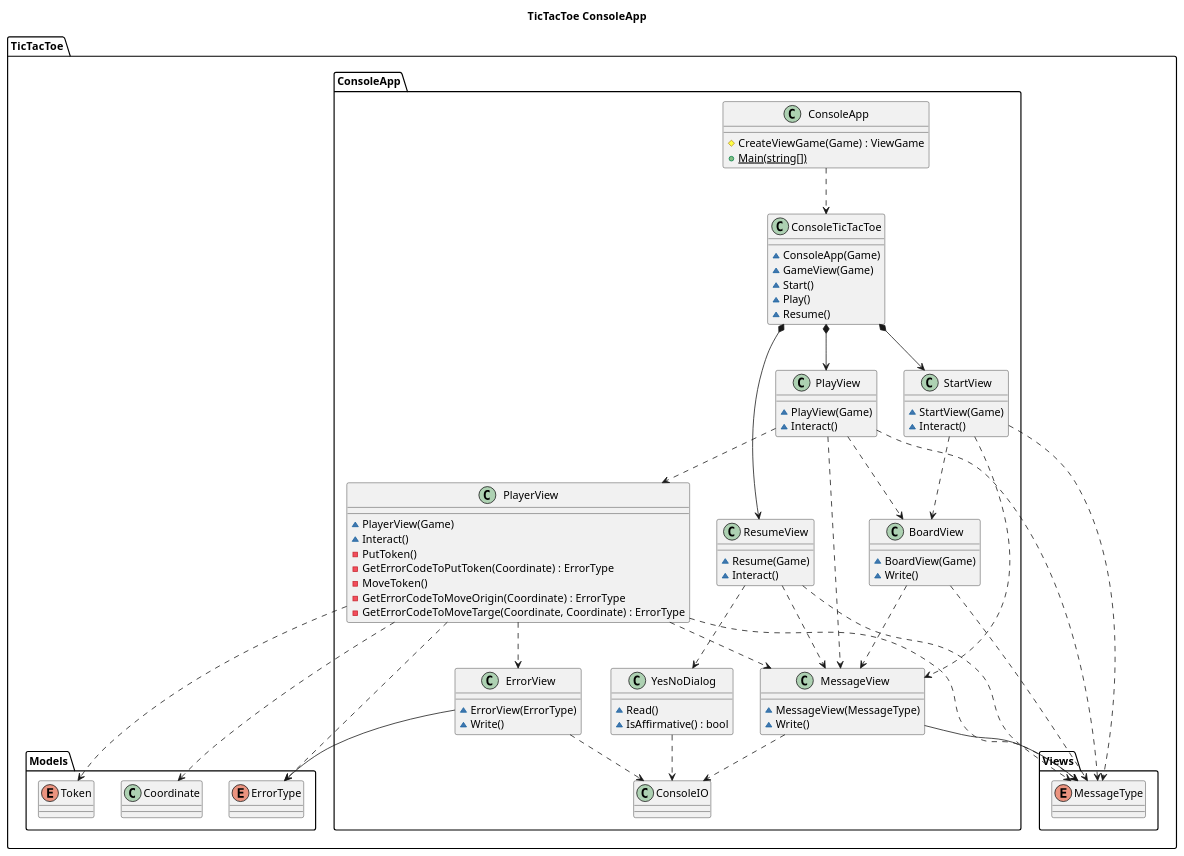
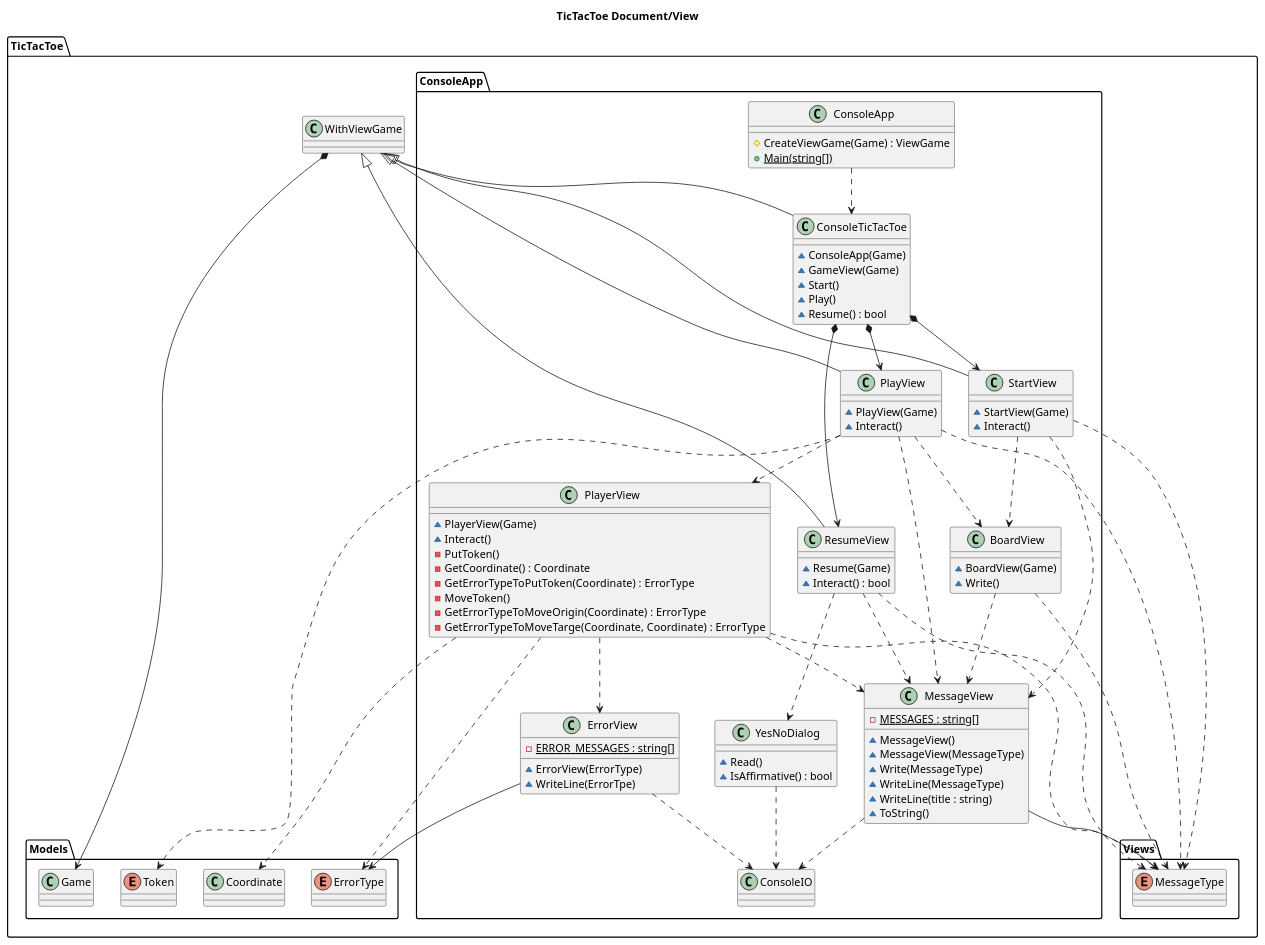
Before and after one commit to franpaulinoinfante/MasterSoftwareDevelopment: the first of 3 diagrams in src/TicTacToe/DocumentView/Basic/TicTacToeAnalisys.plantuml, drawn with PlantUML. The commit also changed other lines of this file and 7 other files, not shown here.

```diff
--- a/src/TicTacToe/DocumentView/Basic/TicTacToeAnalisys.plantuml
+++ b/src/TicTacToe/DocumentView/Basic/TicTacToeAnalisys.plantuml
@@ -1,102 +1,115 @@
 @startuml TicTacToeAnalysisConsoleApp
-title TicTacToe ConsoleApp
+title TicTacToe Document/View
 namespace TicTacToe.ConsoleApp{
+    TicTacToe.WithViewGame *-down-> TicTacToe.Models.Game
+
     class ConsoleApp{
         #CreateViewGame(Game) : ViewGame
         +{static} Main(string[])
     }
     ConsoleApp ..> ConsoleTicTacToe
 
     class ConsoleTicTacToe{
         ~ConsoleApp(Game)      
         ~GameView(Game)
         ~Start()
         ~Play()
-        ~Resume()
+        ~Resume() : bool
     }
     ConsoleTicTacToe *--> StartView
     ConsoleTicTacToe *--> PlayView
     ConsoleTicTacToe *--> ResumeView
+    ConsoleTicTacToe -up-|> TicTacToe.WithViewGame
 
     class StartView{
         ~StartView(Game)
         ~Interact()
     }
     StartView ..> BoardView
     StartView ..> MessageView
     StartView ..> TicTacToe.Views.MessageType
+    StartView -up-|> TicTacToe.WithViewGame
 
     class PlayView{
         ~PlayView(Game)
         ~Interact()
     }
     PlayView ..> PlayerView
     PlayView ..> BoardView
     PlayView ..> MessageView
     PlayView ..> TicTacToe.Views.MessageType
-    PlayerView ..> TicTacToe.Models.Token
+    PlayView ..> TicTacToe.Models.Token
+    PlayView -up-|> TicTacToe.WithViewGame
 
     class PlayerView{
         ~PlayerView(Game)
         ~Interact()
         -PutToken()
-        -GetErrorCodeToPutToken(Coordinate) : ErrorType
+        -GetCoordinate() : Coordinate
+        -GetErrorTypeToPutToken(Coordinate) : ErrorType
         -MoveToken()
-        -GetErrorCodeToMoveOrigin(Coordinate) : ErrorType
-        -GetErrorCodeToMoveTarge(Coordinate, Coordinate) : ErrorType
+        -GetErrorTypeToMoveOrigin(Coordinate) : ErrorType
+        -GetErrorTypeToMoveTarge(Coordinate, Coordinate) : ErrorType
     }
     PlayerView ..> TicTacToe.Models.Coordinate
     PlayerView ..> ErrorView
     PlayerView ..> TicTacToe.Models.ErrorType
     PlayerView ..> MessageView
     PlayerView ..> TicTacToe.Views.MessageType
 
     class ResumeView{
         ~Resume(Game)
-        ~Interact()
+        ~Interact() : bool
     }
     ResumeView ..> MessageView
     ResumeView ..> TicTacToe.Views.MessageType
     ResumeView ..> YesNoDialog
+    ResumeView -up-|> TicTacToe.WithViewGame
 
 
     class BoardView{
         ~BoardView(Game)
         ~Write()
     }
     BoardView ..> MessageView
     BoardView ..> TicTacToe.Views.MessageType
 
 
     class MessageView{
+        -{static} MESSAGES : string[]
+        ~MessageView()
         ~MessageView(MessageType)
-        ~Write()
+        ~Write(MessageType)
+        ~WriteLine(MessageType)
+        ~WriteLine(title : string)
+        ~ToString()
     }
     MessageView --> TicTacToe.Views.MessageType
     MessageView ..> ConsoleIO
 
     class ErrorView{
+        -{static} ERROR_MESSAGES : string[]
         ~ErrorView(ErrorType)
-        ~Write()
+        ~WriteLine(ErrorTpe)
     }
     ErrorView --> TicTacToe.Models.ErrorType
     ErrorView ..> ConsoleIO
 
     class YesNoDialog{
         ~Read()
         ~IsAffirmative() : bool
     }
     YesNoDialog ..> ConsoleIO
     
      enum TicTacToe.Models.Token{
      }
 
     enum TicTacToe.Views.MessageType{
 
     }
 
     enum TicTacToe.Models.ErrorType{
 
     }
 }
 @enduml
```
